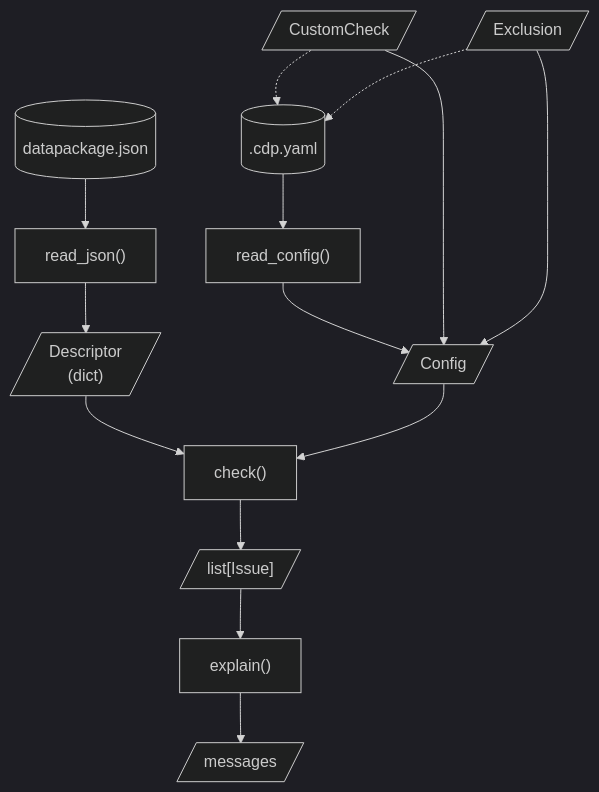
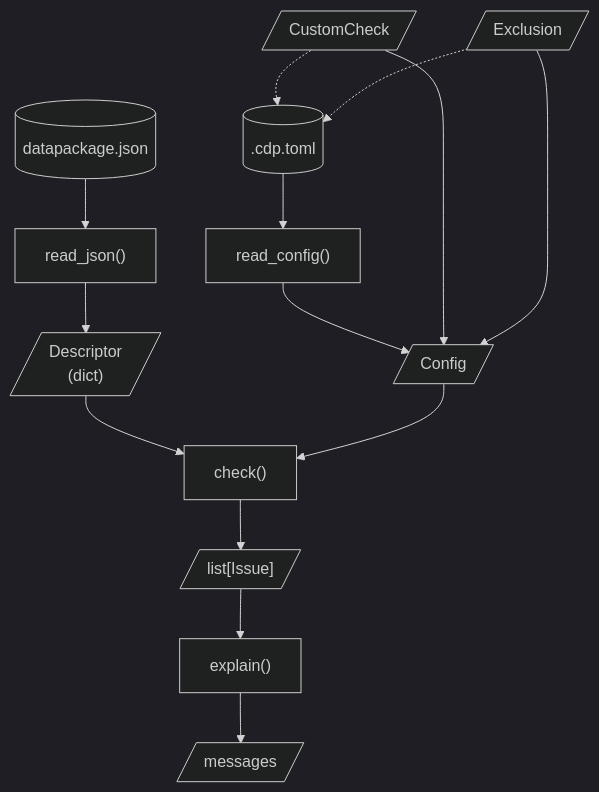
One commit to seedcase-project/check-datapackage changed the diagram in docs/design/interface.qmd. Above: the diagram before and after it, drawn with Mermaid (dark theme). The commit also changed other lines of this file, not shown here.

````diff
--- a/docs/design/interface.qmd
+++ b/docs/design/interface.qmd
@@ -166,28 +268,28 @@
 ```{mermaid}
 %%| label: fig-interface-flow
 %%| fig-cap: "Flow of functions and classes when using `check-datapackage`."
-%%| fig-alt: "A flowchart showing the flow of using `check-datapackage`, starting with reading the datapackage.json and .cdp.yaml files, then checking the descriptor with the config, and finally explaining any issues found."
+%%| fig-alt: "A flowchart showing the flow of using `check-datapackage`, starting with reading the `datapackage.json` and `.cdp.toml` files, then checking the descriptor with the config, and finally explaining any issues found."
 flowchart TD
     descriptor_file[(datapackage.json)]
     read_json["read_json()"]
     descriptor[/"Descriptor<br>(dict)"/]
 
-    config_file[(.cdp.yaml)]
+    config_file[(.cdp.toml)]
     read_config["read_config()"]
 
     config[/Config/]
     custom_check[/CustomCheck/]
     exclusion[/Exclusion/]
     check["check()"]
     issues[/"list[Issue]"/]
 
     explain["explain()"]
     messages[/messages/]
 
     descriptor_file --> read_json --> descriptor
     config_file --> read_config --> config
     custom_check & exclusion --> config
     custom_check & exclusion -.-> config_file
 
     descriptor & config --> check --> issues --> explain --> messages
 ```
````
